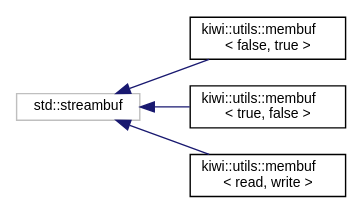
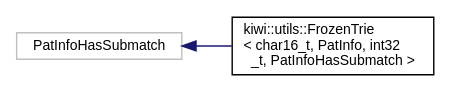
The diagram in inherit_graph_99.dot (bab2min/Kiwi), drawn with Graphviz before and after one commit. The commit also changed 159 other files, not shown here.

```diff
--- a/inherit_graph_99.dot
+++ b/inherit_graph_99.dot
@@ -1,14 +1,10 @@
 digraph "Graphical Class Hierarchy"
 {
  // LATEX_PDF_SIZE
   edge [fontname="Helvetica",fontsize="10",labelfontname="Helvetica",labelfontsize="10"];
   node [fontname="Helvetica",fontsize="10",shape=record];
   rankdir="LR";
-  Node117 [label="std::streambuf",height=0.2,width=0.4,color="grey75", fillcolor="white", style="filled",tooltip=" "];
-  Node117 -> Node0 [dir="back",color="midnightblue",fontsize="10",style="solid",fontname="Helvetica"];
-  Node0 [label="kiwi::utils::membuf\l\< false, true \>",height=0.2,width=0.4,color="black", fillcolor="white", style="filled",URL="$structkiwi_1_1utils_1_1membuf.html",tooltip=" "];
-  Node117 -> Node119 [dir="back",color="midnightblue",fontsize="10",style="solid",fontname="Helvetica"];
-  Node119 [label="kiwi::utils::membuf\l\< true, false \>",height=0.2,width=0.4,color="black", fillcolor="white", style="filled",URL="$structkiwi_1_1utils_1_1membuf.html",tooltip=" "];
-  Node117 -> Node120 [dir="back",color="midnightblue",fontsize="10",style="solid",fontname="Helvetica"];
-  Node120 [label="kiwi::utils::membuf\l\< read, write \>",height=0.2,width=0.4,color="black", fillcolor="white", style="filled",URL="$structkiwi_1_1utils_1_1membuf.html",tooltip=" "];
+  Node87 [label="PatInfoHasSubmatch",height=0.2,width=0.4,color="grey75", fillcolor="white", style="filled",tooltip=" "];
+  Node87 -> Node0 [dir="back",color="midnightblue",fontsize="10",style="solid",fontname="Helvetica"];
+  Node0 [label="kiwi::utils::FrozenTrie\l\< char16_t, PatInfo, int32\l_t, PatInfoHasSubmatch \>",height=0.2,width=0.4,color="black", fillcolor="white", style="filled",URL="$classkiwi_1_1utils_1_1FrozenTrie.html",tooltip=" "];
 }
```
